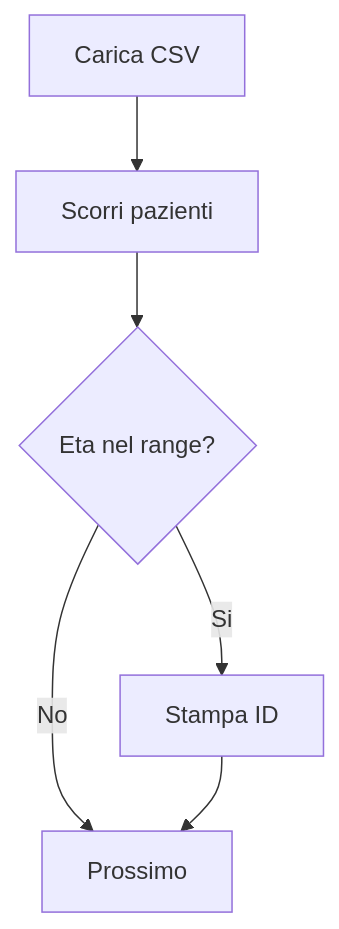
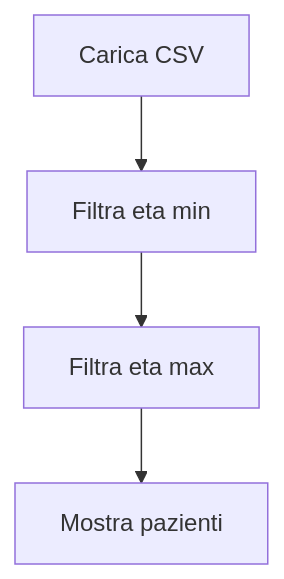
One commit to lucadagati/Lab_Fondamenti_di_Informatica_25_26 changed the seventh of 10 diagrams in 04-python-jupyter-analisi-biomedica/README.md. Above: the diagram before and after it, drawn with Mermaid. The commit also changed other lines of this file and 11 other files, not shown here.

````diff
--- a/04-python-jupyter-analisi-biomedica/README.md
+++ b/04-python-jupyter-analisi-biomedica/README.md
@@ -133,8 +122,6 @@
 ```mermaid
 flowchart TD
-    A[Carica CSV] --> B[Scorri pazienti]
-    B --> C{Eta nel range?}
-    C -- Si --> D[Stampa ID]
-    C -- No --> E[Prossimo]
-    D --> E
+    A[Carica CSV] --> B[Filtra eta min]
+    B --> C[Filtra eta max]
+    C --> D[Mostra pazienti]
 ```
````
